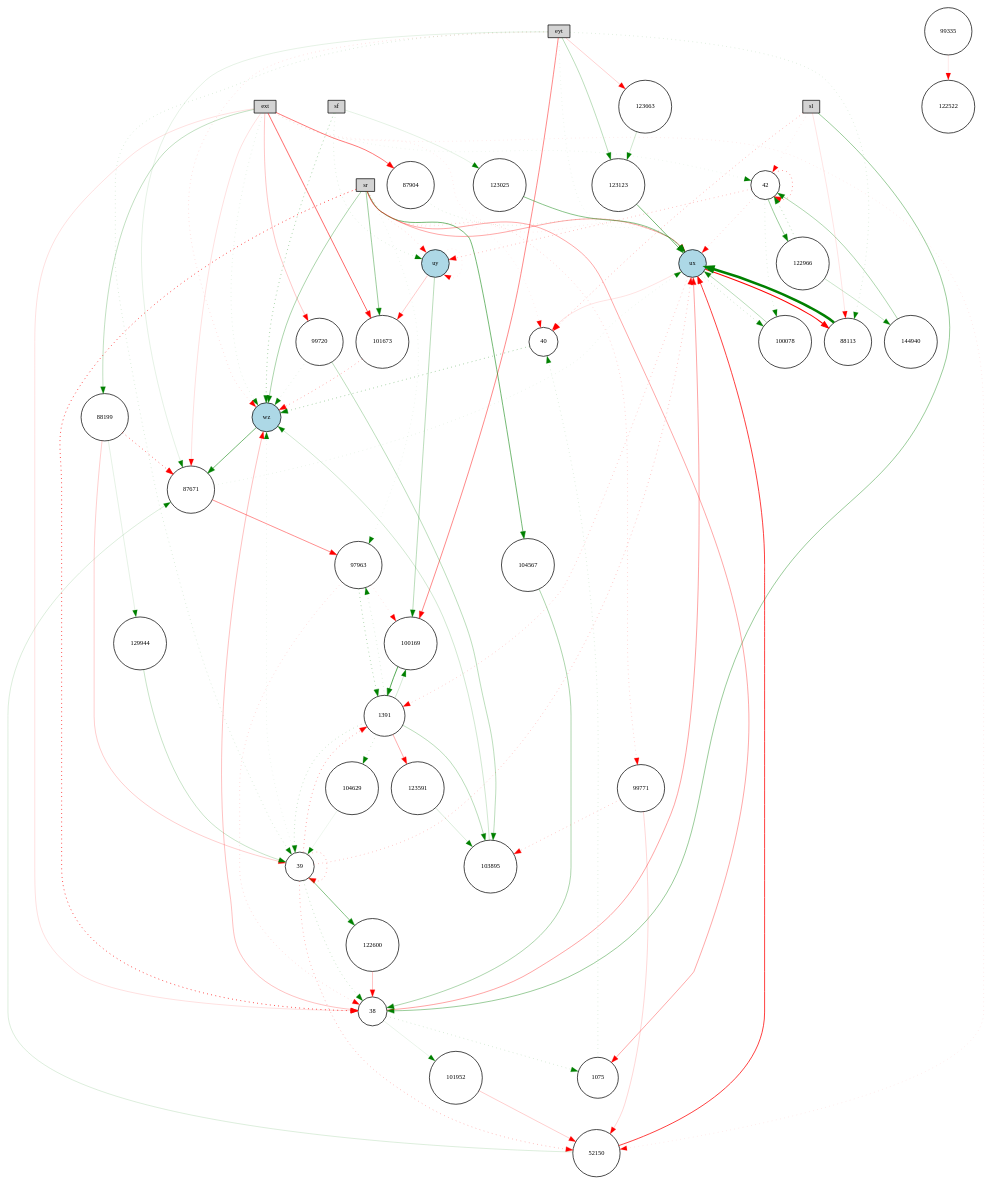
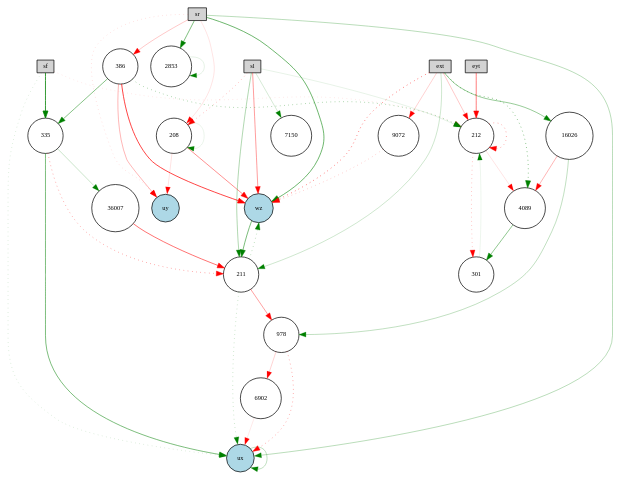
Before and after one commit to KaiL4eK/autopilot_simulator: the diagram in pictures_ctrnn/winner-feedforward.gv, drawn with Graphviz. The commit also changed 20 other files, not shown here.

```diff
--- a/pictures_ctrnn/winner-feedforward.gv
+++ b/pictures_ctrnn/winner-feedforward.gv
@@ -1,142 +1,74 @@
 digraph {
 	node [fontsize=9 height=0.2 shape=circle width=0.2]
 	ext [fillcolor=lightgray shape=box style=filled]
 	eyt [fillcolor=lightgray shape=box style=filled]
 	sf [fillcolor=lightgray shape=box style=filled]
 	sl [fillcolor=lightgray shape=box style=filled]
 	sr [fillcolor=lightgray shape=box style=filled]
 	ux [fillcolor=lightblue style=filled]
 	uy [fillcolor=lightblue style=filled]
 	wz [fillcolor=lightblue style=filled]
-	99335 [fillcolor=white style=filled]
-	99720 [fillcolor=white style=filled]
-	88199 [fillcolor=white style=filled]
-	123663 [fillcolor=white style=filled]
-	123025 [fillcolor=white style=filled]
-	104567 [fillcolor=white style=filled]
-	129944 [fillcolor=white style=filled]
-	122522 [fillcolor=white style=filled]
-	38 [fillcolor=white style=filled]
-	39 [fillcolor=white style=filled]
-	40 [fillcolor=white style=filled]
-	101673 [fillcolor=white style=filled]
-	42 [fillcolor=white style=filled]
-	97963 [fillcolor=white style=filled]
-	144940 [fillcolor=white style=filled]
-	88113 [fillcolor=white style=filled]
-	1075 [fillcolor=white style=filled]
-	104629 [fillcolor=white style=filled]
-	52150 [fillcolor=white style=filled]
-	99771 [fillcolor=white style=filled]
-	101952 [fillcolor=white style=filled]
-	123591 [fillcolor=white style=filled]
-	100169 [fillcolor=white style=filled]
-	122966 [fillcolor=white style=filled]
-	103895 [fillcolor=white style=filled]
-	87904 [fillcolor=white style=filled]
-	122600 [fillcolor=white style=filled]
-	100078 [fillcolor=white style=filled]
-	1391 [fillcolor=white style=filled]
-	123123 [fillcolor=white style=filled]
-	87671 [fillcolor=white style=filled]
-	1075 -> 40 [color=green penwidth=0.24044600851818987 style=dotted]
-	sr -> 104567 [color=green penwidth=0.7717210104673629 style=solid]
-	eyt -> ux [color=green penwidth=0.13553374076851485 style=dotted]
-	101673 -> wz [color=red penwidth=0.6144492174675998 style=dotted]
-	sr -> 38 [color=red penwidth=1.321724380338752 style=dotted]
-	99771 -> 52150 [color=red penwidth=0.22970958732638985 style=solid]
-	ext -> ux [color=red penwidth=0.16322871316086524 style=dotted]
-	99771 -> 103895 [color=red penwidth=0.4031289105811615 style=dotted]
-	87904 -> ux [color=green penwidth=0.22596705659536603 style=dotted]
-	39 -> 1391 [color=red penwidth=0.6304108127292275 style=dotted]
-	ux -> 100078 [color=green penwidth=0.4046525378020711 style=dotted]
-	ext -> 101673 [color=red penwidth=0.8388821186139572 style=solid]
-	42 -> 100078 [color=green penwidth=0.22282519553443705 style=dotted]
-	144940 -> 42 [color=green penwidth=0.4485725549675602 style=solid]
-	ux -> 40 [color=red penwidth=0.174681742240173 style=solid]
-	sl -> 38 [color=green penwidth=0.5550042641630666 style=solid]
-	52150 -> 87671 [color=green penwidth=0.20221993370257307 style=solid]
-	ux -> 1391 [color=red penwidth=0.36412147544689055 style=dotted]
-	100169 -> 1391 [color=green penwidth=0.9517416491774303 style=solid]
-	122966 -> 144940 [color=green penwidth=0.30000000000000004 style=solid]
-	39 -> 39 [color=red penwidth=0.540045907486809 style=dotted]
-	sf -> uy [color=green penwidth=0.22187457656992404 style=dotted]
-	ext -> 42 [color=green penwidth=0.1294774630770714 style=dotted]
-	87671 -> ux [color=green penwidth=0.16199344779278696 style=dotted]
-	123663 -> 123123 [color=green penwidth=0.2849984076507636 style=solid]
-	42 -> ux [color=red penwidth=0.3321111493699241 style=dotted]
-	ext -> 52150 [color=red penwidth=0.16266794726881473 style=dotted]
-	ext -> 88199 [color=green penwidth=0.3546953112762572 style=solid]
-	sr -> 99771 [color=red penwidth=0.3010500251383399 style=dotted]
-	101952 -> 52150 [color=red penwidth=0.28246832296476754 style=solid]
-	40 -> wz [color=green penwidth=0.648015660798837 style=dotted]
-	99335 -> 122522 [color=red penwidth=0.13215499710706685 style=solid]
-	42 -> 42 [color=red penwidth=0.7229889902104354 style=dotted]
-	ext -> 99720 [color=red penwidth=0.3241882931891629 style=solid]
-	uy -> uy [color=red penwidth=0.12566602598035473 style=dotted]
-	eyt -> 88113 [color=green penwidth=0.2374392608047414 style=dotted]
-	100078 -> ux [color=green penwidth=0.40474729988334457 style=solid]
-	87671 -> 97963 [color=red penwidth=0.6328104590556239 style=solid]
-	sr -> 40 [color=red penwidth=0.13067463841793556 style=dotted]
-	104567 -> 38 [color=green penwidth=0.4622581687078804 style=solid]
-	104629 -> 39 [color=green penwidth=0.10442930448756665 style=solid]
-	eyt -> 39 [color=green penwidth=0.255123795762103 style=dotted]
-	39 -> 38 [color=green penwidth=0.393153071737088 style=dotted]
-	sr -> 97963 [color=green penwidth=0.12757692619561817 style=dotted]
-	39 -> ux [color=red penwidth=0.4170072636585187 style=dotted]
-	ext -> 87671 [color=red penwidth=0.18456307838188757 style=solid]
-	88113 -> ux [color=green penwidth=3.6357814917528275 style=solid]
-	sl -> 40 [color=red penwidth=0.5226338184483531 style=dotted]
-	ux -> 88113 [color=red penwidth=1.482181732365385 style=solid]
-	uy -> 100169 [color=green penwidth=0.3933218143265802 style=solid]
-	1391 -> 100169 [color=green penwidth=0.23716773853701312 style=solid]
-	39 -> 52150 [color=red penwidth=0.4966003362320879 style=dotted]
-	42 -> 122966 [color=green penwidth=0.557237028627269 style=solid]
-	1391 -> 103895 [color=green penwidth=0.39079966733627836 style=solid]
-	38 -> 1075 [color=green penwidth=0.2983627904015262 style=dotted]
-	sf -> 123025 [color=green penwidth=0.16297065638035568 style=solid]
-	122966 -> 42 [color=green penwidth=0.510756598062718 style=dotted]
-	99720 -> 103895 [color=green penwidth=0.37545616759528055 style=solid]
-	97963 -> 100169 [color=red penwidth=0.19378821219840642 style=dotted]
-	88199 -> 129944 [color=green penwidth=0.1473796281235107 style=solid]
-	38 -> 101952 [color=green penwidth=0.1311404821215364 style=solid]
-	1391 -> 97963 [color=green penwidth=0.23793592944689984 style=dotted]
-	sf -> wz [color=green penwidth=0.6383808403876297 style=dotted]
-	uy -> 101673 [color=red penwidth=0.30219888383135796 style=solid]
-	97963 -> 1391 [color=green penwidth=0.5696342004756039 style=dotted]
-	123591 -> 103895 [color=green penwidth=0.22294838299136288 style=solid]
-	39 -> wz [color=green penwidth=0.12796268960056986 style=dotted]
-	sr -> ux [color=red penwidth=0.49074049889708005 style=solid]
-	38 -> wz [color=red penwidth=0.34523212229269196 style=solid]
-	eyt -> wz [color=red penwidth=0.22669014170225218 style=dotted]
-	eyt -> 123663 [color=red penwidth=0.25645910958722423 style=solid]
-	99720 -> wz [color=green penwidth=0.19122894447965416 style=dotted]
-	129944 -> 39 [color=green penwidth=0.305934131301533 style=solid]
-	sl -> 42 [color=red penwidth=0.1430091807529042 style=dotted]
-	eyt -> 100169 [color=red penwidth=0.6607360317547499 style=solid]
-	ext -> wz [color=green penwidth=0.18072185402865387 style=dotted]
-	sr -> 1075 [color=red penwidth=0.48899658329266593 style=solid]
-	wz -> 87671 [color=green penwidth=0.7682756701757961 style=solid]
-	123123 -> ux [color=green penwidth=0.7644154534911697 style=solid]
-	sr -> uy [color=red penwidth=0.24681490043072626 style=dotted]
-	1391 -> 39 [color=green penwidth=0.37558317071172365 style=dotted]
-	38 -> ux [color=red penwidth=0.5145245069980052 style=solid]
-	sr -> 101673 [color=green penwidth=0.5492707798151254 style=solid]
-	88199 -> 87671 [color=red penwidth=1.0488022830534098 style=dotted]
-	ext -> 38 [color=red penwidth=0.1795554595922914 style=solid]
-	sl -> 88113 [color=red penwidth=0.16374334070069196 style=solid]
-	ext -> 87904 [color=red penwidth=0.7457702623932598 style=solid]
-	39 -> 122600 [color=green penwidth=0.6849033708078032 style=solid]
-	123025 -> ux [color=green penwidth=0.6608814197216366 style=solid]
-	1391 -> 104629 [color=green penwidth=0.32214034663593766 style=dotted]
-	eyt -> 87671 [color=green penwidth=0.15293723514723911 style=solid]
-	103895 -> wz [color=green penwidth=0.2585474581897363 style=solid]
-	52150 -> ux [color=red penwidth=1.0586825168690934 style=solid]
-	1391 -> 123591 [color=red penwidth=0.45567743686176176 style=solid]
-	42 -> uy [color=red penwidth=0.4453859155257418 style=dotted]
-	88199 -> 39 [color=red penwidth=0.28023426535572304 style=solid]
-	eyt -> 123123 [color=green penwidth=0.38300154176168455 style=solid]
-	122600 -> 38 [color=red penwidth=0.33737354841878864 style=solid]
-	sr -> wz [color=green penwidth=0.46865999578104867 style=solid]
-	97963 -> 38 [color=red penwidth=0.2616643372884478 style=dotted]
+	386 [fillcolor=white style=filled]
+	2853 [fillcolor=white style=filled]
+	36007 [fillcolor=white style=filled]
+	301 [fillcolor=white style=filled]
+	7150 [fillcolor=white style=filled]
+	335 [fillcolor=white style=filled]
+	9072 [fillcolor=white style=filled]
+	208 [fillcolor=white style=filled]
+	978 [fillcolor=white style=filled]
+	211 [fillcolor=white style=filled]
+	212 [fillcolor=white style=filled]
+	6902 [fillcolor=white style=filled]
+	4089 [fillcolor=white style=filled]
+	16026 [fillcolor=white style=filled]
+	386 -> wz [color=red penwidth=1.02914664384311 style=solid]
+	208 -> 208 [color=green penwidth=0.12073534691310868 style=solid]
+	sf -> 212 [color=red penwidth=0.18317524337545632 style=dotted]
+	212 -> 212 [color=red penwidth=0.622091709558434 style=dotted]
+	386 -> 212 [color=green penwidth=0.6028324868228899 style=dotted]
+	386 -> uy [color=red penwidth=0.4105884932572834 style=solid]
+	sl -> wz [color=red penwidth=0.5496950422806238 style=solid]
+	211 -> wz [color=green penwidth=0.47312931047219153 style=dotted]
+	ext -> 211 [color=green penwidth=0.28365806303192254 style=solid]
+	sl -> 7150 [color=green penwidth=0.23907480415594226 style=solid]
+	335 -> 211 [color=red penwidth=0.6223748066728926 style=dotted]
+	301 -> 212 [color=green penwidth=0.10830517506369285 style=solid]
+	ext -> 4089 [color=green penwidth=0.8331655955352334 style=dotted]
+	16026 -> 978 [color=green penwidth=0.34529936934343763 style=solid]
+	212 -> 301 [color=red penwidth=0.421821914353934 style=dotted]
+	211 -> 978 [color=red penwidth=0.5287129851371032 style=solid]
+	sr -> uy [color=red penwidth=0.22783919795708613 style=dotted]
+	212 -> 4089 [color=red penwidth=0.16391255912445493 style=solid]
+	208 -> uy [color=red penwidth=0.16696004971209716 style=solid]
+	sr -> 2853 [color=green penwidth=0.7201278862645386 style=solid]
+	386 -> 335 [color=green penwidth=0.6692263836319519 style=solid]
+	6902 -> ux [color=red penwidth=0.1321698988452042 style=solid]
+	16026 -> 4089 [color=red penwidth=0.4188540350885498 style=solid]
+	335 -> 36007 [color=green penwidth=0.2988822791078145 style=solid]
+	sr -> ux [color=green penwidth=0.3855277622251545 style=solid]
+	978 -> ux [color=red penwidth=0.6099452400624072 style=dotted]
+	ux -> ux [color=green penwidth=0.34618834987796154 style=solid]
+	ext -> wz [color=red penwidth=0.9546226306422694 style=dotted]
+	208 -> wz [color=red penwidth=0.6167673461514973 style=solid]
+	sr -> 208 [color=red penwidth=0.15827922094215335 style=solid]
+	978 -> 6902 [color=red penwidth=0.24633278267917993 style=solid]
+	211 -> ux [color=green penwidth=0.36630704412076687 style=dotted]
+	sr -> wz [color=green penwidth=0.8133770746288559 style=solid]
+	ext -> 16026 [color=green penwidth=0.5814765126773118 style=solid]
+	wz -> 211 [color=green penwidth=0.7393958235455518 style=solid]
+	2853 -> 2853 [color=green penwidth=0.14711751377486662 style=solid]
+	36007 -> 211 [color=red penwidth=0.7819026911240888 style=solid]
+	eyt -> 212 [color=red penwidth=0.7283500133454999 style=solid]
+	sl -> 208 [color=red penwidth=0.4836839720293409 style=dotted]
+	335 -> ux [color=green penwidth=0.7258815347054764 style=solid]
+	9072 -> wz [color=red penwidth=0.368349411136077 style=dotted]
+	sf -> ux [color=green penwidth=0.2589023851685114 style=dotted]
+	4089 -> 301 [color=green penwidth=0.6230515631438672 style=solid]
+	sl -> 212 [color=green penwidth=0.14363406618982288 style=solid]
+	sl -> 211 [color=green penwidth=0.4429768169304118 style=solid]
+	ext -> 212 [color=red penwidth=0.3056377460065077 style=solid]
+	sr -> 386 [color=red penwidth=0.30984706531925477 style=solid]
+	sf -> 335 [color=green penwidth=1.132572668482337 style=solid]
+	ext -> 9072 [color=red penwidth=0.2634331358900615 style=solid]
 }
```
